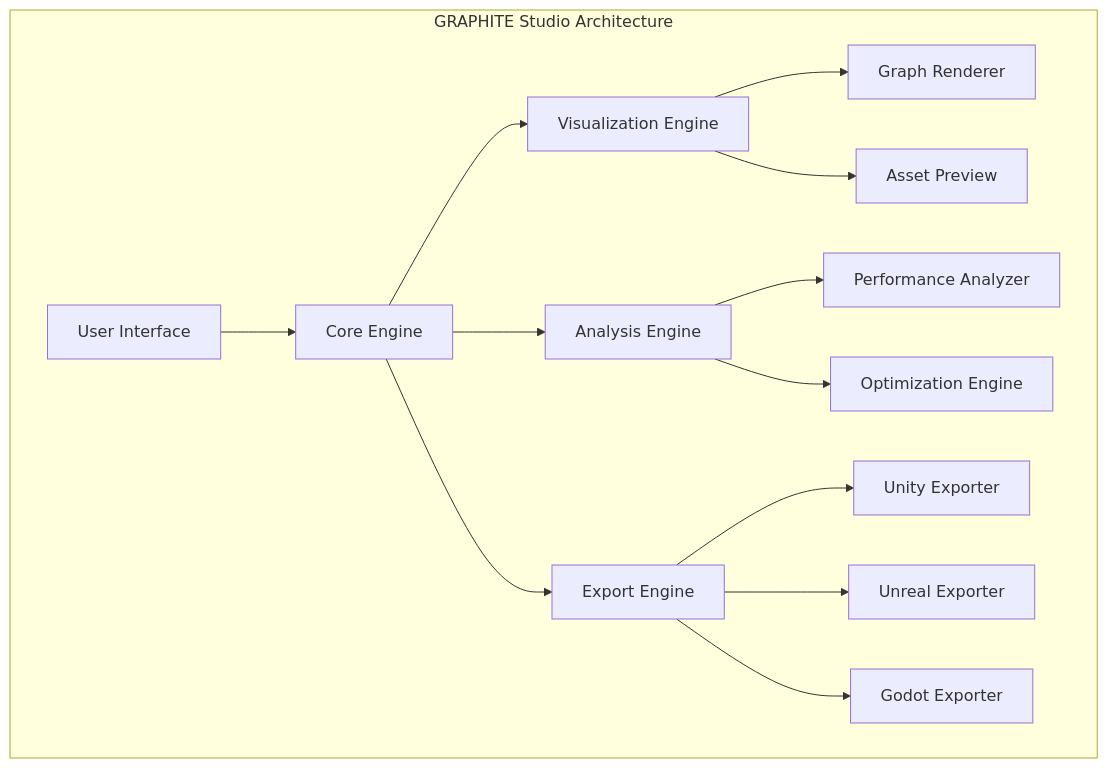
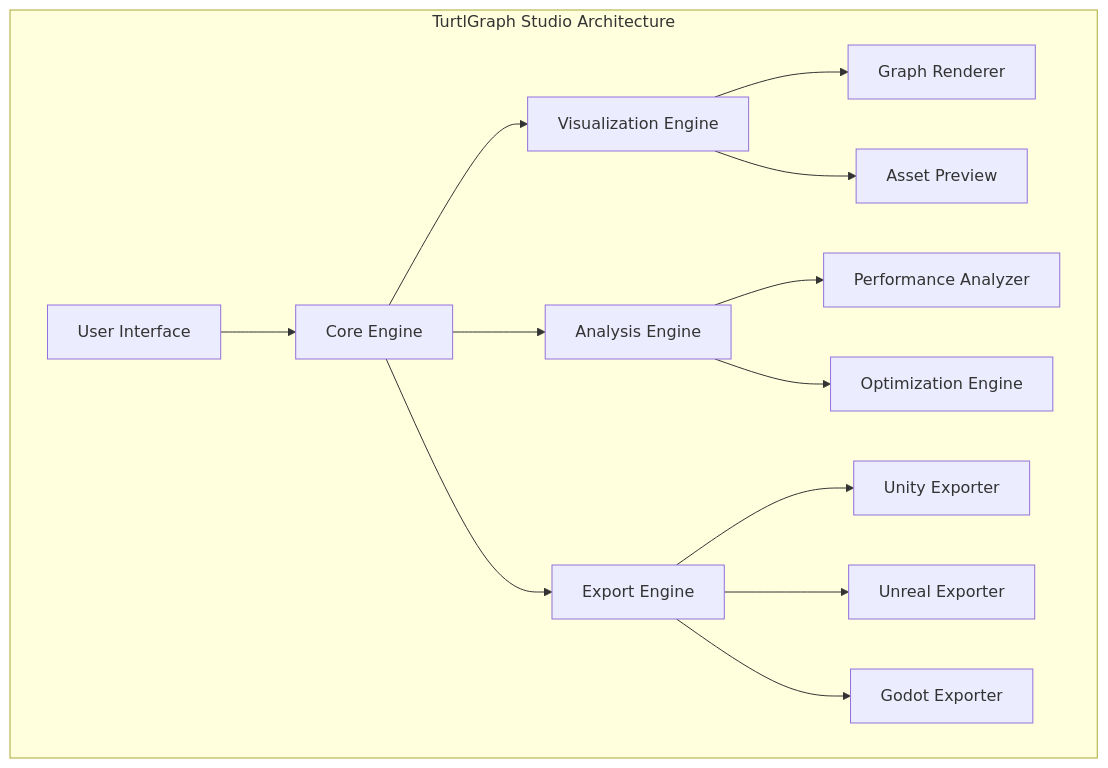
Before and after one commit to turtlgraph/docs: the first of 6 diagrams in volumes/volume-3-advanced-systems/part-11-ecosystem-future.md, drawn with Mermaid. The commit also changed other lines of this file and 10 other files, not shown here.

First line of the commit message:
docs: Replace all GRAPHITE references with TurtlGraph/HyperDAG

````diff
--- a/volumes/volume-3-advanced-systems/part-11-ecosystem-future.md
+++ b/volumes/volume-3-advanced-systems/part-11-ecosystem-future.md
@@ -63,19 +63,19 @@
 ```mermaid
 graph TD
-    subgraph "GRAPHITE Studio Architecture"
+    subgraph "TurtlGraph Studio Architecture"
         UI[User Interface] --> CORE[Core Engine]
         CORE --> VIS[Visualization Engine]
         CORE --> ANALYSIS[Analysis Engine]
         CORE --> EXPORT[Export Engine]
         
         VIS --> GRAPH[Graph Renderer]
         VIS --> PREVIEW[Asset Preview]
         
         ANALYSIS --> PERF[Performance Analyzer]
         ANALYSIS --> OPT[Optimization Engine]
         
         EXPORT --> UNITY[Unity Exporter]
         EXPORT --> UNREAL[Unreal Exporter]
         EXPORT --> GODOT[Godot Exporter]
     end
 ```
````
